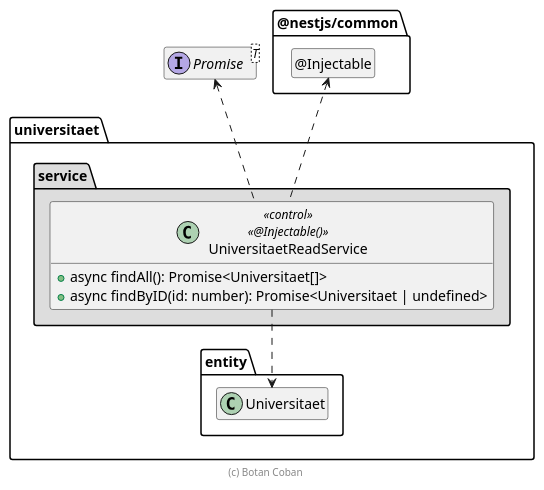
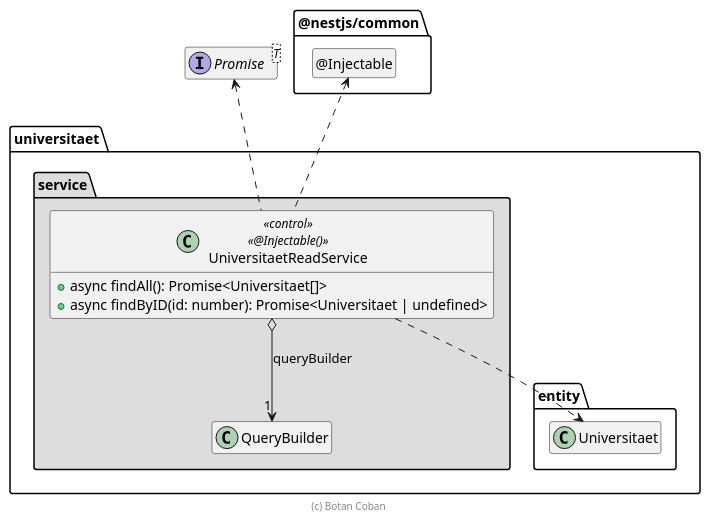
Before and after one commit to rirag12345/SWE-Abgabe1-Gruppe1: the diagram in .extras/doc/projekthandbuch/UniversitaetReadService.plantuml, drawn with PlantUML.

Commit message:
Read-Service (v-1)

```diff
--- a/.extras/doc/projekthandbuch/UniversitaetReadService.plantuml
+++ b/.extras/doc/projekthandbuch/UniversitaetReadService.plantuml
@@ -19,31 +19,34 @@
 @startuml Anwendungskern
 
 interface Promise<T>
 
 package @nestjs/common {
   class "@Injectable" as Injectable
   hide Injectable circle
 }
 
 package universitaet {
   package entity {
     class Universitaet
   }
 
   package service #DDDDDD {
+    class QueryBuilder
+
     class UniversitaetReadService << control >> <<@Injectable()>> {
       + async findAll(): Promise<Universitaet[]>
       + async findByID(id: number): Promise<Universitaet | undefined>
     }
 
+    UniversitaetReadService o--> "1" QueryBuilder : queryBuilder
     UniversitaetReadService .up.> Injectable
     UniversitaetReadService .up.> Promise
     UniversitaetReadService ..> Universitaet
   }
 }
 
 hide empty members
 
 footer (c) Botan Coban
 
 @enduml
```
